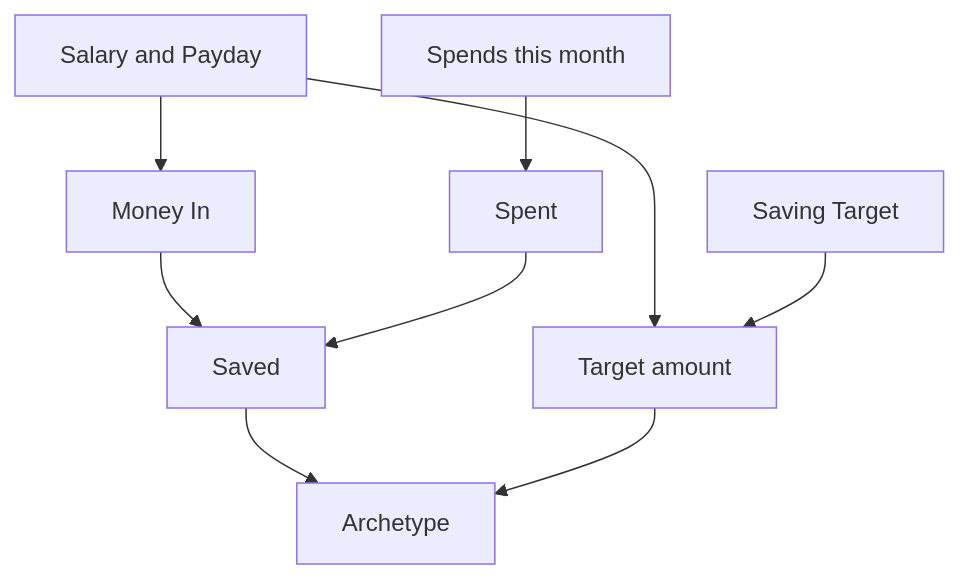
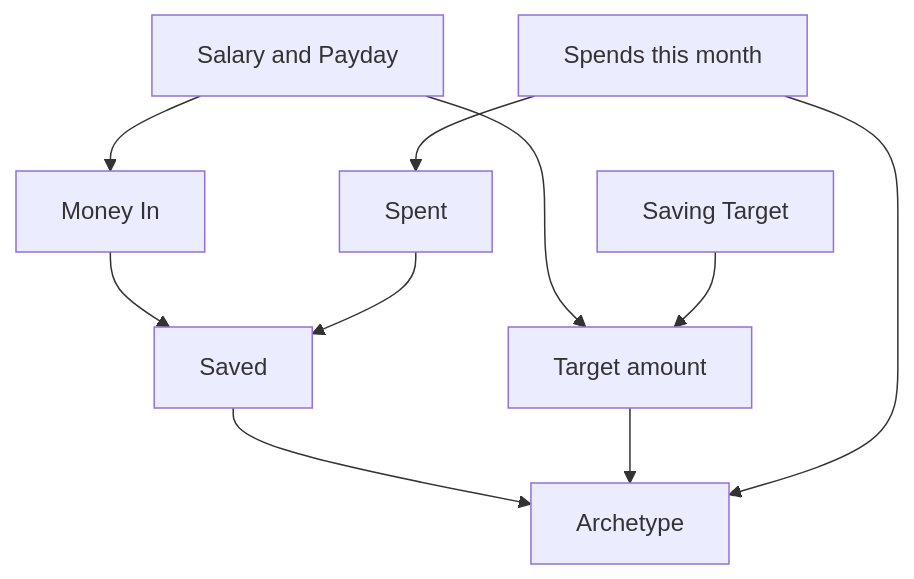
The diagram in apps/backend/cmd/ledger/MONEY-RULES.md (ravialdyh/my-money-recap-monorepo), drawn with Mermaid before and after one commit. The commit also changed other lines of this file and 28 other files, not shown here.

````diff
--- a/apps/backend/cmd/ledger/MONEY-RULES.md
+++ b/apps/backend/cmd/ledger/MONEY-RULES.md
@@ -11,19 +12,20 @@
 ```mermaid
 flowchart TD
     salary["Salary and Payday"]
     spends["Spends this month"]
     target["Saving Target"]
     moneyin["Money In"]
     spent["Spent"]
     saved["Saved"]
     line["Target amount"]
     archetype["Archetype"]
     salary --> moneyin
     spends --> spent
     salary --> line
     target --> line
     moneyin --> saved
     spent --> saved
     saved --> archetype
     line --> archetype
+    spends --> archetype
 ```
````
